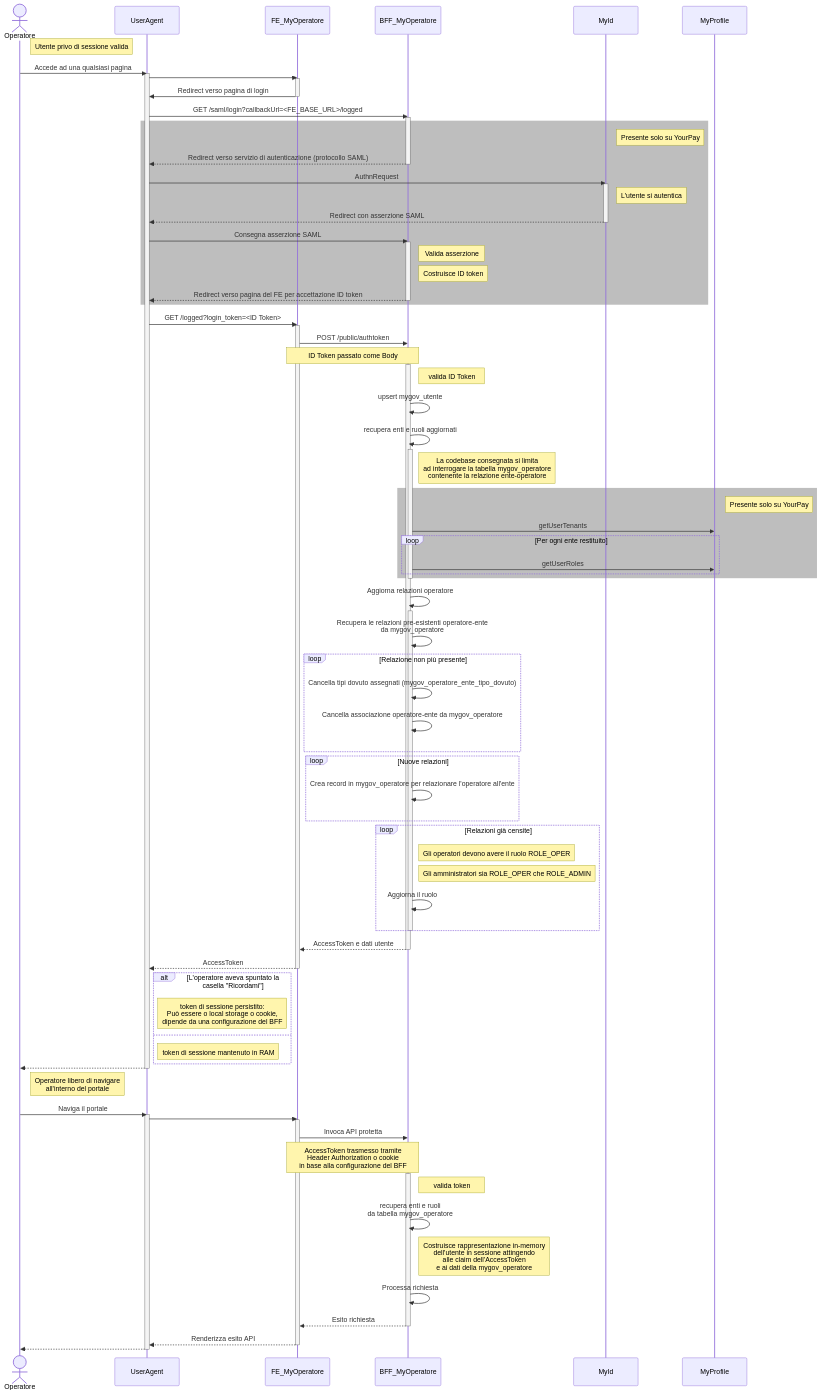
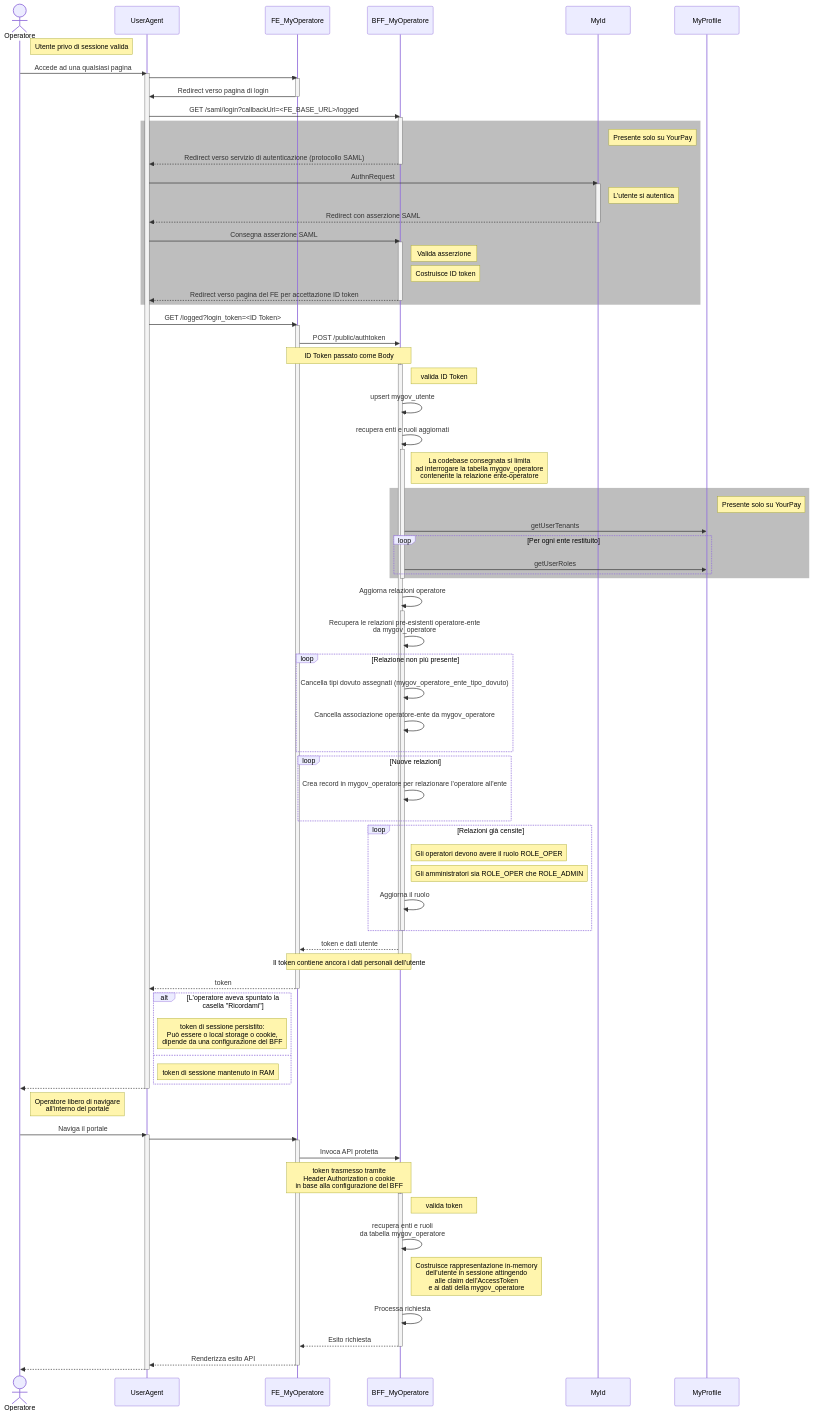
The diagram in confluence/DesignReview/AutenticazioneEAutorizzazioneInMyPayOperatore/ASIS_yourPay.mmd (pagopa/p4pa-doc), drawn with Mermaid before and after one commit. The commit also changed 2 other files, not shown here.

Commit message:
container diagram

```diff
--- a/confluence/DesignReview/AutenticazioneEAutorizzazioneInMyPayOperatore/ASIS_yourPay.mmd
+++ b/confluence/DesignReview/AutenticazioneEAutorizzazioneInMyPayOperatore/ASIS_yourPay.mmd
@@ -1,109 +1,110 @@
 sequenceDiagram
     actor Operatore
     participant UserAgent
     participant FE as FE_MyOperatore
     participant BFF as BFF_MyOperatore
     participant MyId
     participant MyProfile
 
     note right of Operatore: Utente privo di sessione valida
     Operatore ->> UserAgent: Accede ad una qualsiasi pagina
     activate UserAgent
         UserAgent ->> FE: #
         activate FE
             FE ->> UserAgent: Redirect verso pagina di login
         deactivate FE
 
         UserAgent ->> BFF: GET /saml/login?callbackUrl=<FE_BASE_URL>/logged
         activate BFF
             rect rgb(190, 190, 190)
             note right of MyId: Presente solo su YourPay
             BFF -->> UserAgent: Redirect verso servizio di autenticazione (protocollo SAML)
         deactivate BFF
 
         UserAgent ->> MyId: AuthnRequest
         activate MyId
             note right of MyId: L'utente si autentica
             MyId -->> UserAgent: Redirect con asserzione SAML
         deactivate MyId
 
         UserAgent ->> BFF: Consegna asserzione SAML
         activate BFF
             note right of BFF: Valida asserzione
             note right of BFF: Costruisce ID token
             BFF -->> UserAgent: Redirect verso pagina del FE per accettazione ID token
         deactivate BFF
         end
 
         UserAgent ->> FE: GET /logged?login_token=<ID Token>
         activate FE
 
             FE ->> BFF: POST /public/authtoken
             note over FE, BFF: ID Token passato come Body
             activate BFF
                 note right of BFF: valida ID Token
                 BFF ->> BFF: upsert mygov_utente
                 BFF ->> BFF: recupera enti e ruoli aggiornati
 
                 activate BFF
                     note right of BFF: La codebase consegnata si limita<BR />ad interrogare la tabella mygov_operatore<BR />contenente la relazione ente-operatore
                     rect rgb(190, 190, 190)
                         note right of MyProfile: Presente solo su YourPay
                         BFF ->> MyProfile: getUserTenants
                         loop Per ogni ente restituito
                             BFF ->> MyProfile: getUserRoles
                         end
                     end
                 deactivate BFF
 
                 BFF ->> BFF: Aggiorna relazioni operatore
                 activate BFF
                     BFF ->> BFF: Recupera le relazioni pre-esistenti operatore-ente<BR />da mygov_operatore
                     loop Relazione non più presente
                         BFF ->> BFF: Cancella tipi dovuto assegnati (mygov_operatore_ente_tipo_dovuto)
                         BFF ->> BFF: Cancella associazione operatore-ente da mygov_operatore
                     end
                     loop Nuove relazioni
                         BFF ->> BFF: Crea record in mygov_operatore per relazionare l'operatore all'ente
                     end
                     loop Relazioni già censite
                         note right of BFF: Gli operatori devono avere il ruolo ROLE_OPER
                         note right of BFF: Gli amministratori sia ROLE_OPER che ROLE_ADMIN
                         BFF ->> BFF: Aggiorna il ruolo
                     end
                 deactivate BFF
 
-                BFF -->> FE: AccessToken e dati utente
+                BFF -->> FE: token e dati utente
+                note over BFF, FE: Il token contiene ancora i dati personali dell'utente
             deactivate BFF
 
-            FE -->> UserAgent: AccessToken
+            FE -->> UserAgent: token
         deactivate FE
         alt L'operatore aveva spuntato la casella "Ricordami"
             note right of UserAgent: token di sessione persistito:<BR />Può essere o local storage o cookie,<BR />dipende da una configurazione del BFF
         else
             note right of UserAgent: token di sessione mantenuto in RAM
         end
         UserAgent -->> Operatore: #
     deactivate UserAgent
     note right of Operatore: Operatore libero di navigare<BR />all'interno del portale
 
     Operatore ->> UserAgent: Naviga il portale
 
     activate UserAgent
         UserAgent ->> FE: #
         activate FE
             FE ->> BFF: Invoca API protetta
-            note over FE, BFF: AccessToken trasmesso tramite<BR />Header Authorization o cookie<BR />in base alla configurazione del BFF
+            note over FE, BFF: token trasmesso tramite<BR />Header Authorization o cookie<BR />in base alla configurazione del BFF
 
             activate BFF
                 note right of BFF: valida token
                 BFF ->> BFF: recupera enti e ruoli<BR />da tabella mygov_operatore
                 note right of BFF: Costruisce rappresentazione in-memory<BR />dell'utente in sessione attingendo<BR />alle claim dell'AccessToken<BR />e ai dati della mygov_operatore
                 BFF ->> BFF: Processa richiesta
                 BFF -->> FE: Esito richiesta
             deactivate BFF
 
             FE -->> UserAgent: Renderizza esito API
         deactivate FE
         UserAgent -->> Operatore: #
     deactivate UserAgent
```
